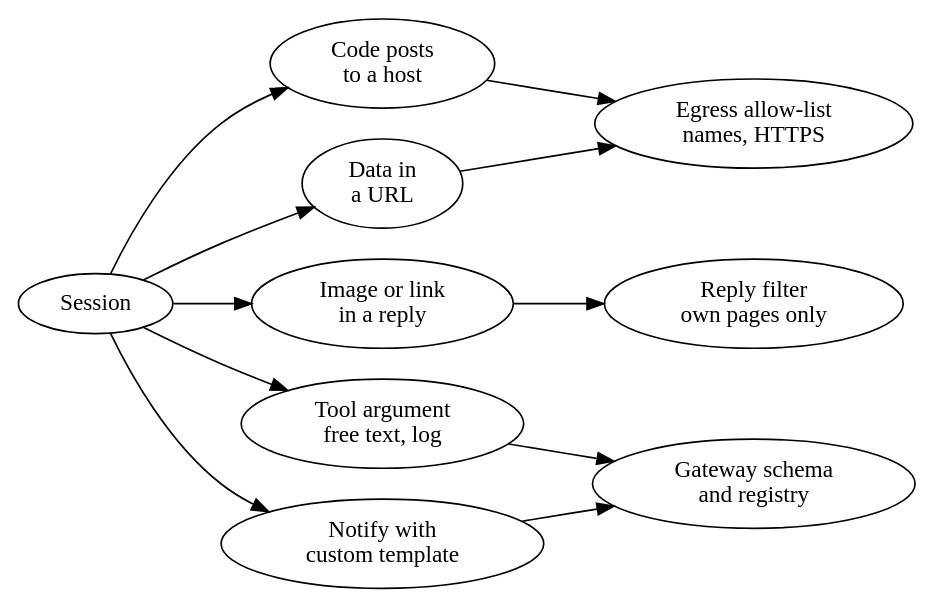
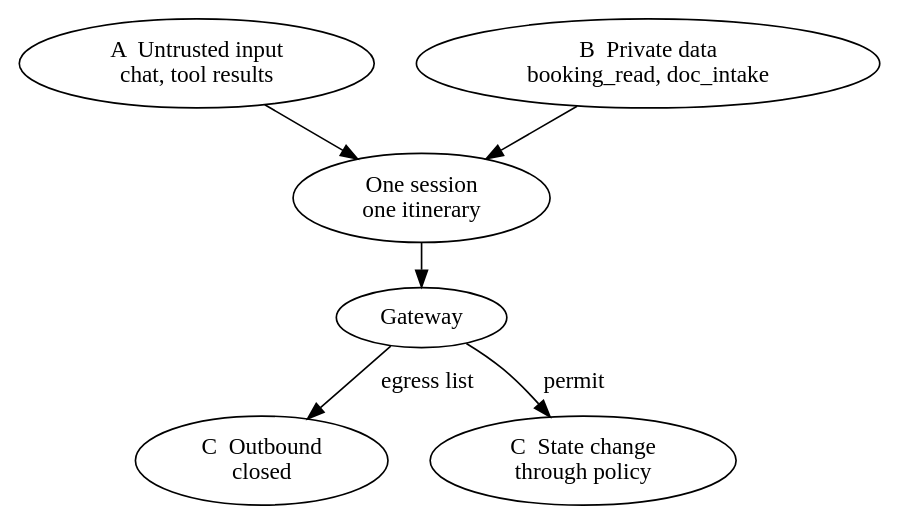
The diagram in figures/src/ch33/fig-33-5.dot (rajesh1008/system-design-book), drawn with Graphviz before and after one commit. The commit also changed 158 other files, not shown here.

```diff
--- a/figures/src/ch33/fig-33-5.dot
+++ b/figures/src/ch33/fig-33-5.dot
@@ -1,27 +1,19 @@
-// Figure 33.5  Exfiltration paths
-// Reading order: left to right. Five ways private data leaves a
-// session, each with the control that closes it. From threats.attacks
-// (exfiltration class, 10 attacks, 0 effects).
+// Figure 33.5  Untrusted input, private data, outbound channel
+// Reading order: top to bottom. Three legs meet in one session; the
+// gateway keeps the outbound leg closed and puts every state change
+// through policy. From threats.trifecta.
 digraph hld {
 #include "book.gv"
-  rankdir=LR; nodesep=0.25; ranksep=0.4;
-  s [label="Session", class="model"];
-  code [label="Code posts\nto a host", class="fail"];
-  url [label="Data in\na URL", class="fail"];
-  img [label="Image or link\nin a reply", class="fail"];
-  tool [label="Tool argument\nfree text, log", class="fail"];
-  msg [label="Notify with\ncustom template", class="fail"];
-  eg [label="Egress allow-list\nnames, HTTPS", class="policy gate"];
-  rf [label="Reply filter\nown pages only", class="policy gate"];
-  gw [label="Gateway schema\nand registry", class="policy gate"];
-  s -> code [class="emphasis"];
-  s -> url [class="emphasis"];
-  s -> img [class="emphasis"];
-  s -> tool [class="emphasis"];
-  s -> msg [class="emphasis"];
-  code -> eg [class="control"];
-  url -> eg [class="control"];
-  img -> rf [class="control"];
-  tool -> gw [class="control"];
-  msg -> gw [class="control"];
+  rankdir=TB; nodesep=0.35; ranksep=0.35;
+  a [label="A  Untrusted input\nchat, tool results", class="fail"];
+  b [label="B  Private data\nbooking_read, doc_intake", class="ops"];
+  s [label="One session\none itinerary", class="model"];
+  gw [label="Gateway", class="policy gate"];
+  out [label="C  Outbound\nclosed", class="policy"];
+  chg [label="C  State change\nthrough policy", class="policy gate"];
+  a -> s [class="emphasis"];
+  b -> s [class="data"];
+  s -> gw [class="data"];
+  gw -> out [class="control", label=" egress list"];
+  gw -> chg [class="control", label=" permit"];
 }
```
